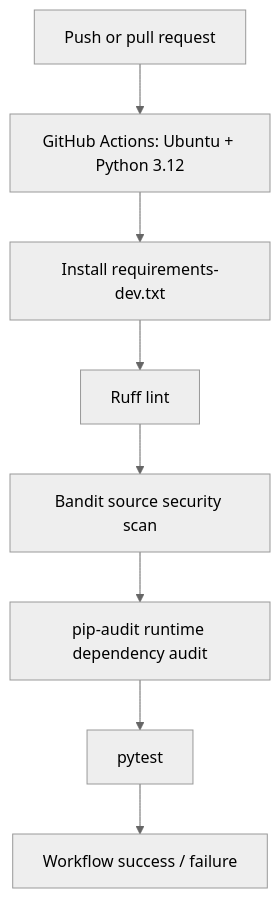
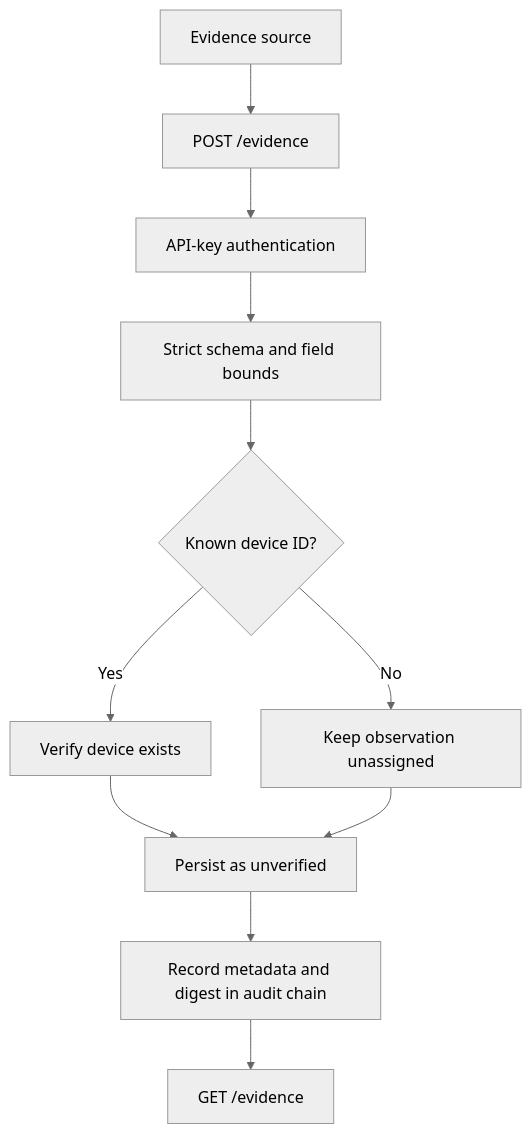
Before and after one commit to silvatechf/DeviceTrust: the second of 2 diagrams in docs/architecture.md, drawn with Mermaid (neutral theme). The commit also changed other lines of this file and 28 other files, not shown here.

````diff
--- a/docs/architecture.md
+++ b/docs/architecture.md
@@ -158,10 +45,13 @@
 ```mermaid
 flowchart TD
-    CHANGE["Push or pull request"] --> RUNNER["GitHub Actions: Ubuntu + Python 3.12"]
-    RUNNER --> INSTALL["Install requirements-dev.txt"]
-    INSTALL --> RUFF["Ruff lint"]
-    RUFF --> BANDIT["Bandit source security scan"]
-    BANDIT --> AUDIT["pip-audit runtime dependency audit"]
-    AUDIT --> TEST["pytest"]
-    TEST --> RESULT["Workflow success / failure"]
+    SOURCE["Evidence source"] --> API["POST /evidence"]
+    API --> AUTH["API-key authentication"]
+    AUTH --> VALID["Strict schema and field bounds"]
+    VALID --> ASSOCIATION{"Known device ID?"}
+    ASSOCIATION -->|"Yes"| EXISTS["Verify device exists"]
+    ASSOCIATION -->|"No"| UNASSIGNED["Keep observation unassigned"]
+    EXISTS --> SAVE["Persist as unverified"]
+    UNASSIGNED --> SAVE
+    SAVE --> AUDIT["Record metadata and digest in audit chain"]
+    AUDIT --> READ["GET /evidence"]
 ```
````
